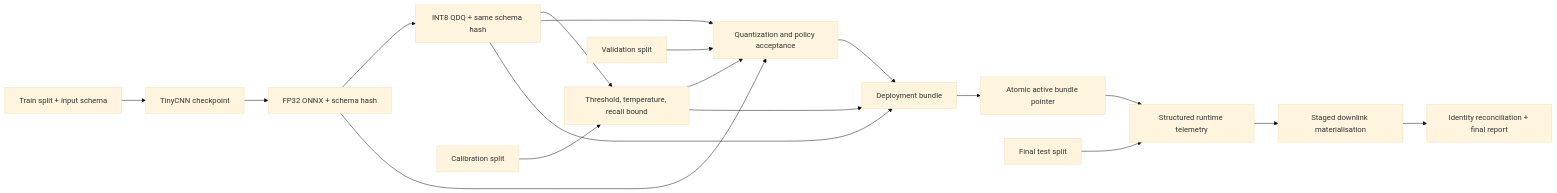
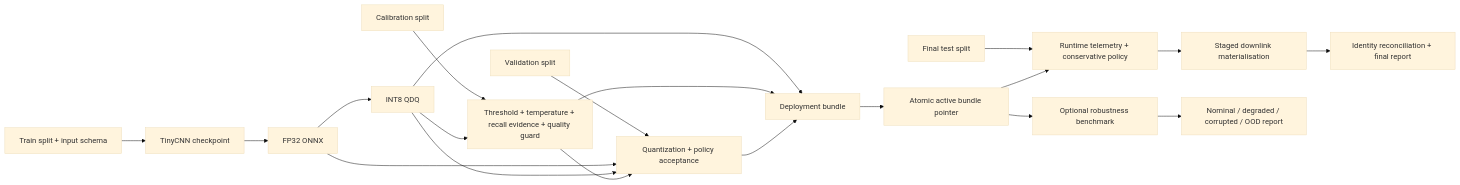
One commit to sylvesterkaczmarek/phisat2-trustworthy-onboard-ai changed the diagram in README.md. Above: the diagram before and after it, drawn with Mermaid (base theme). The commit also changed other lines of this file and 19 other files, not shown here.

First line of the commit message:
Add deterministic EO robustness benchmark

````diff
--- a/README.md
+++ b/README.md
@@ -15,20 +15,22 @@
 ```mermaid
 flowchart LR
     A[Train split + input schema] --> B[TinyCNN checkpoint]
-    B --> C[FP32 ONNX + schema hash]
-    C --> D[INT8 QDQ + same schema hash]
-    E[Calibration split] --> F[Threshold, temperature, recall bound]
+    B --> C[FP32 ONNX]
+    C --> D[INT8 QDQ]
+    E[Calibration split] --> F[Threshold + temperature + recall evidence + quality guard]
     D --> F
-    V[Validation split] --> G[Quantization and policy acceptance]
+    V[Validation split] --> G[Quantization + policy acceptance]
     C --> G
     D --> G
     F --> G
     D --> K[Deployment bundle]
     F --> K
     G --> K
     K --> L[Atomic active bundle pointer]
-    T[Final test split] --> H[Structured runtime telemetry]
+    T[Final test split] --> H[Runtime telemetry + conservative policy]
     L --> H
     H --> I[Staged downlink materialisation]
     I --> J[Identity reconciliation + final report]
+    L --> R[Optional robustness benchmark]
+    R --> S[Nominal / degraded / corrupted / OOD report]
 ```
````
